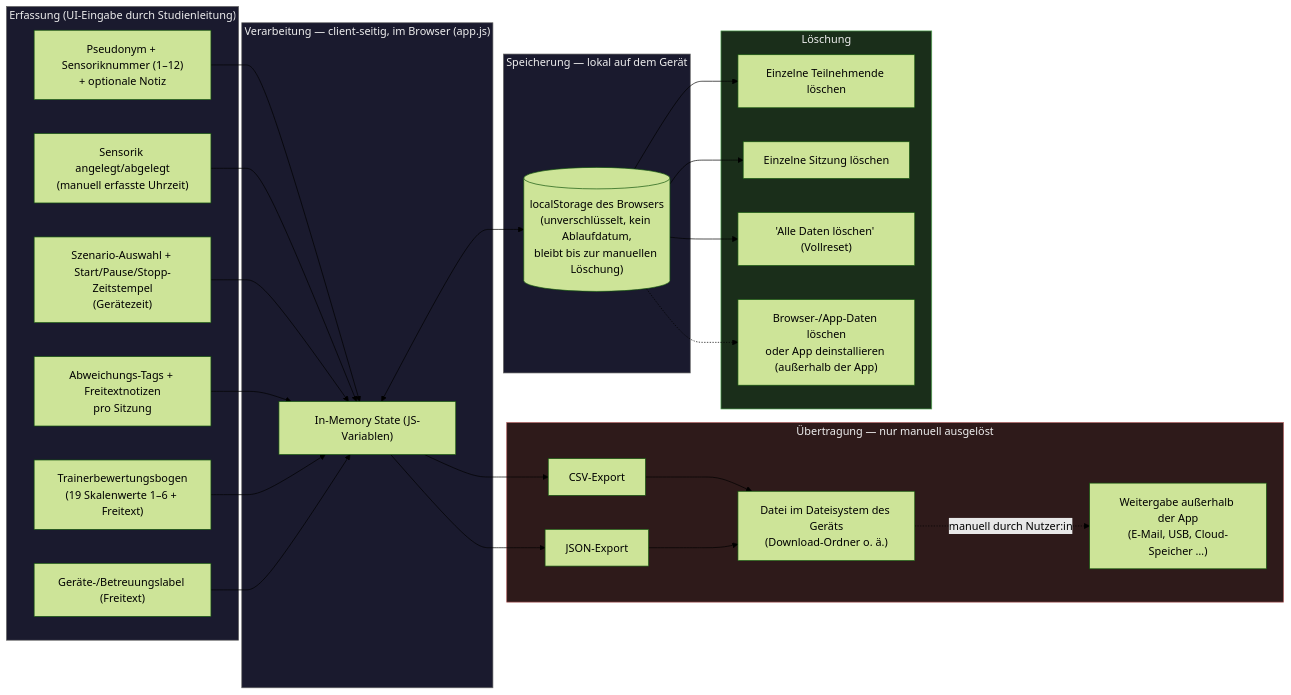
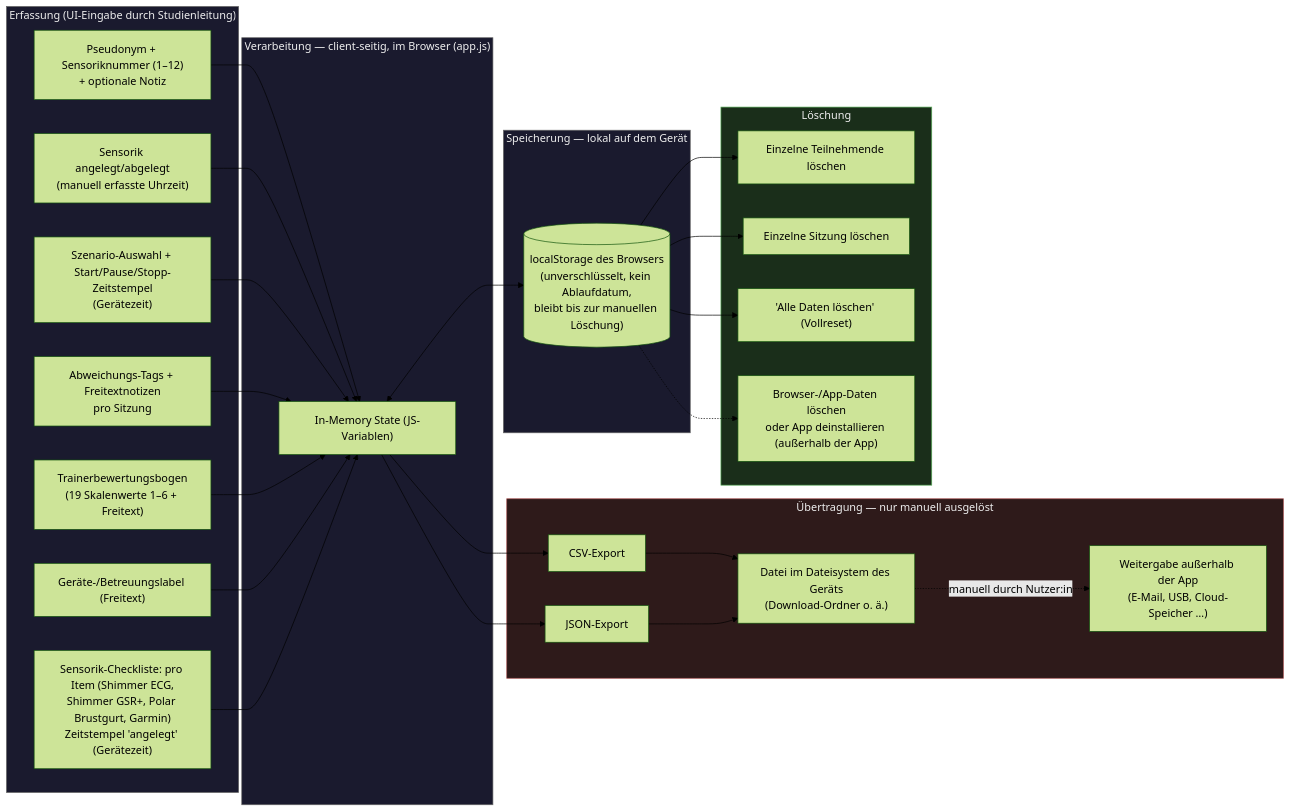
The diagram in docs/DATENFLUSS.md (MStem911/studylog-mext), drawn with Mermaid (forest theme) before and after one commit. The commit also changed other lines of this file and 7 other files, not shown here.

Commit message:
feat: Neuer Tab "Sensorik" mit Checkliste + automatischer Zeitstempel-Erfassung (v2.9.0)

````diff
--- a/docs/DATENFLUSS.md
+++ b/docs/DATENFLUSS.md
@@ -26,50 +26,51 @@
 ```mermaid
 flowchart LR
     subgraph Input["Erfassung (UI-Eingabe durch Studienleitung)"]
         I1["Pseudonym + Sensoriknummer (1–12)<br/>+ optionale Notiz"]
         I2["Sensorik angelegt/abgelegt<br/>(manuell erfasste Uhrzeit)"]
         I3["Szenario-Auswahl + Start/Pause/Stopp-Zeitstempel<br/>(Gerätezeit)"]
         I4["Abweichungs-Tags + Freitextnotizen<br/>pro Sitzung"]
         I5["Trainerbewertungsbogen<br/>(19 Skalenwerte 1–6 + Freitext)"]
         I6["Geräte-/Betreuungslabel (Freitext)"]
+        I7["Sensorik-Checkliste: pro Item (Shimmer ECG,<br/>Shimmer GSR+, Polar Brustgurt, Garmin)<br/>Zeitstempel 'angelegt' (Gerätezeit)"]
     end
 
     subgraph Process["Verarbeitung — client-seitig, im Browser (app.js)"]
         P1["In-Memory State (JS-Variablen)"]
     end
 
     subgraph Storage["Speicherung — lokal auf dem Gerät"]
         S1[("localStorage des Browsers<br/>(unverschlüsselt, kein Ablaufdatum,<br/>bleibt bis zur manuellen Löschung)")]
     end
 
     subgraph Transfer["Übertragung — nur manuell ausgelöst"]
         T1["CSV-Export"]
         T2["JSON-Export"]
         T3["Datei im Dateisystem des Geräts<br/>(Download-Ordner o. ä.)"]
         T4["Weitergabe außerhalb der App<br/>(E-Mail, USB, Cloud-Speicher …)"]
     end
 
     subgraph Delete["Löschung"]
         D1["Einzelne Teilnehmende löschen"]
         D2["Einzelne Sitzung löschen"]
         D3["'Alle Daten löschen' (Vollreset)"]
         D4["Browser-/App-Daten löschen<br/>oder App deinstallieren (außerhalb der App)"]
     end
 
-    I1 & I2 & I3 & I4 & I5 & I6 --> P1
+    I1 & I2 & I3 & I4 & I5 & I6 & I7 --> P1
     P1 <--> S1
     P1 --> T1 --> T3
     P1 --> T2 --> T3
     T3 -.manuell durch Nutzer:in.-> T4
 
     S1 --> D1
     S1 --> D2
     S1 --> D3
     S1 -.-> D4
 
     style Input fill:#1a1a2e,stroke:#666,color:#eee
     style Process fill:#1a1a2e,stroke:#666,color:#eee
     style Storage fill:#1a1a2e,stroke:#666,color:#eee
     style Transfer fill:#2e1a1a,stroke:#a55,color:#eee
     style Delete fill:#1a2e1a,stroke:#5a5,color:#eee
 ```
````
